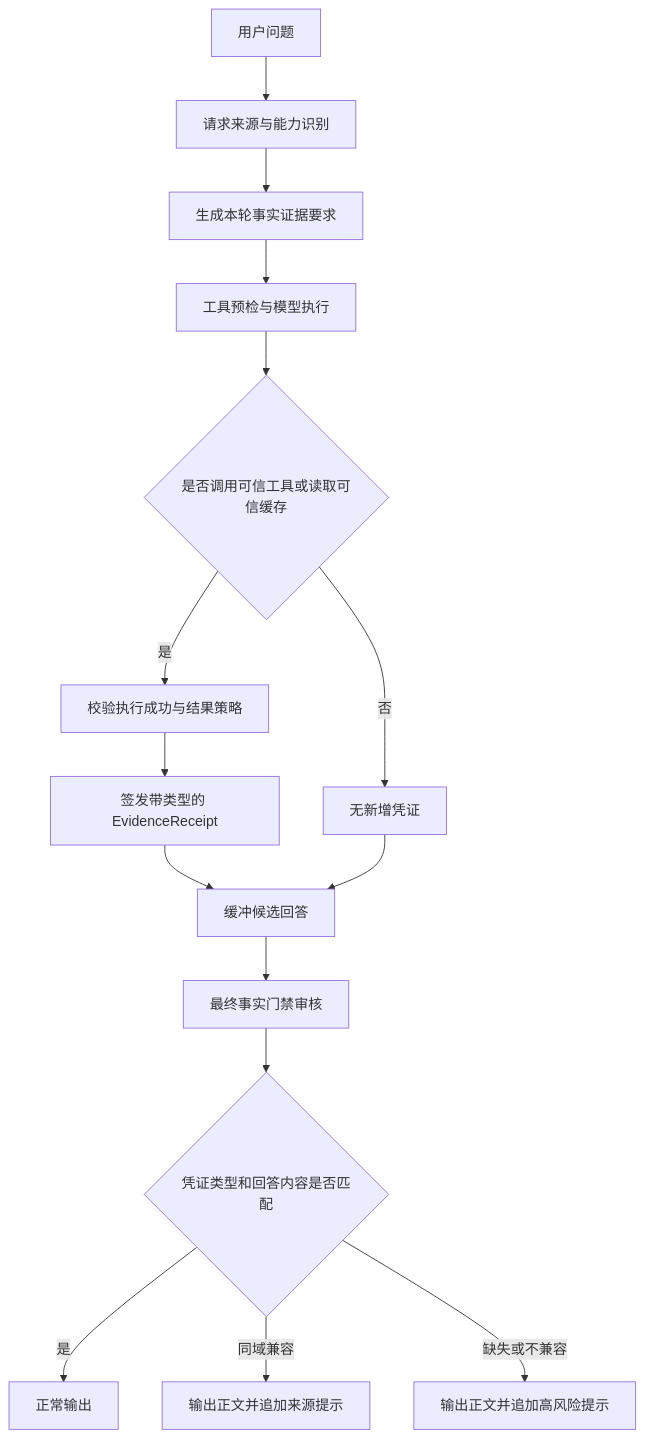
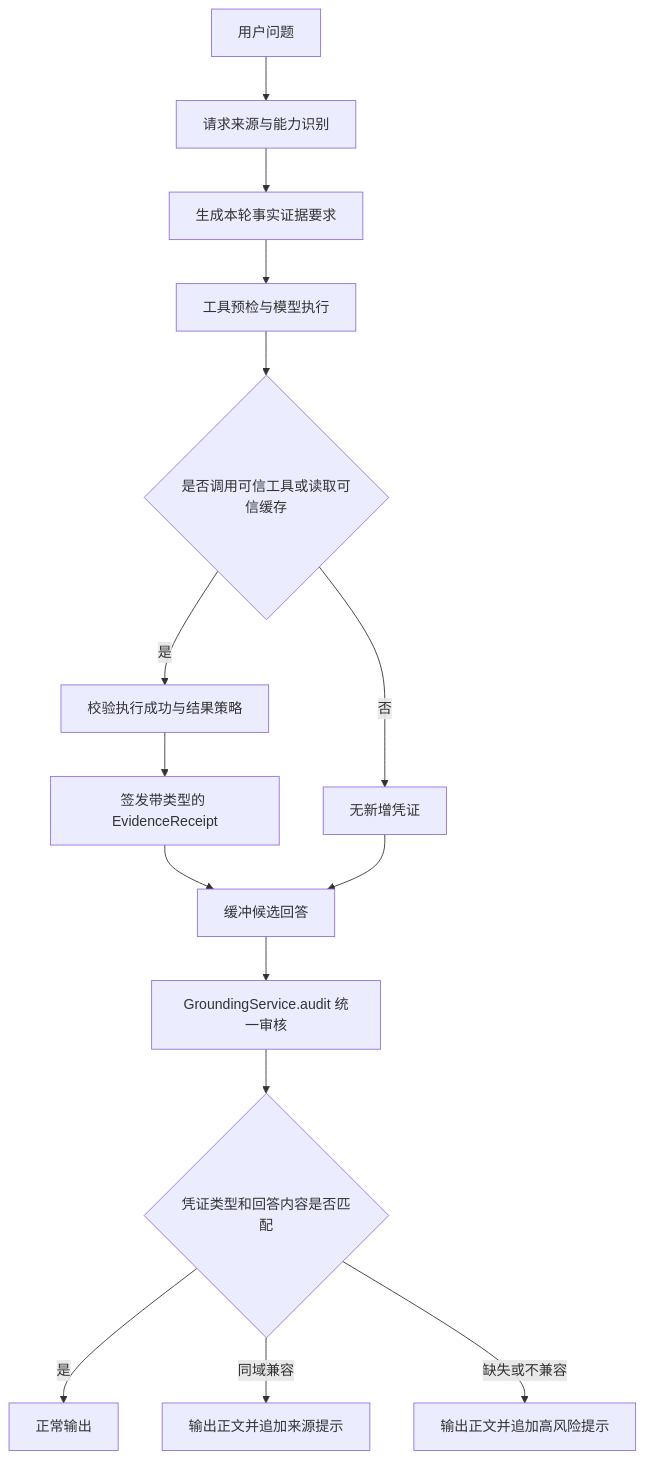
The diagram in docs/platform-grounding-gate.md (zhaoruifeng01/nanzi-ai-agent-platform), drawn with Mermaid before and after one commit. The commit also changed other lines of this file and 15 other files, not shown here.

First line of the commit message:
feat(grounding): 引入 GroundingService 并重构各 Runner 的 Grounding 决策与审计流程

````diff
--- a/docs/platform-grounding-gate.md
+++ b/docs/platform-grounding-gate.md
@@ -44,17 +44,17 @@
 ```mermaid
 flowchart TD
     A[用户问题] --> B[请求来源与能力识别]
     B --> C[生成本轮事实证据要求]
     C --> D[工具预检与模型执行]
     D --> E{是否调用可信工具或读取可信缓存}
     E -- 是 --> F[校验执行成功与结果策略]
     F --> G[签发带类型的 EvidenceReceipt]
     E -- 否 --> H[无新增凭证]
     G --> I[缓冲候选回答]
     H --> I
-    I --> J[最终事实门禁审核]
+    I --> J[GroundingService.audit 统一审核]
     J --> K{凭证类型和回答内容是否匹配}
     K -- 是 --> L[正常输出]
     K -- 同域兼容 --> M[输出正文并追加来源提示]
     K -- 缺失或不兼容 --> N[输出正文并追加高风险提示]
 ```
````
